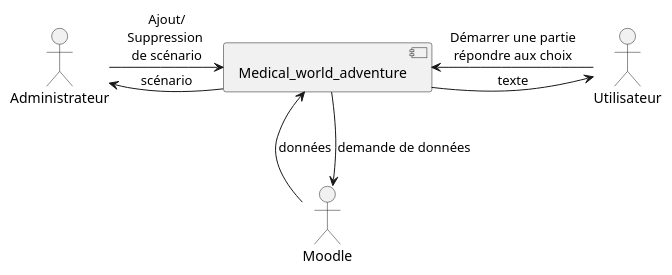
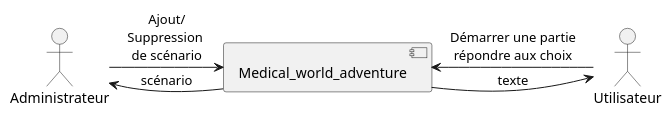
Before and after one commit to Serious-game-textuel/doc: the first of 3 diagrams in diagrammes.md, drawn with PlantUML. The commit also changed other lines of this file and 9 other files, not shown here.

````diff
--- a/diagrammes.md
+++ b/diagrammes.md
@@ -3,21 +3,17 @@
 ```plantuml 
 
 @startuml Context-Diagram
 
 Component Medical_world_adventure as Mwa
 actor Utilisateur as util
 actor Administrateur as admin
-actor Moodle as moodle
 
 
 util -left-> Mwa : Démarrer une partie\nrépondre aux choix
 util <-left- Mwa : texte
-
-moodle -up->Mwa : données 
-moodle <-up-Mwa : demande de données
 
 admin -right-> Mwa : Ajout/\nSuppression \nde scénario
 admin <-right- Mwa : scénario
 
 @enduml
 ```
````
